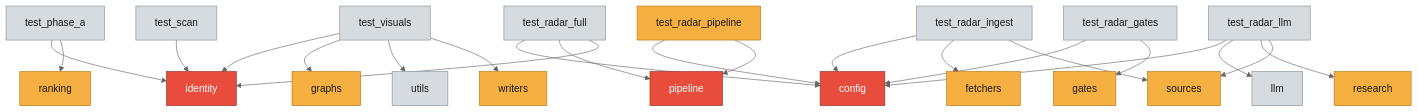
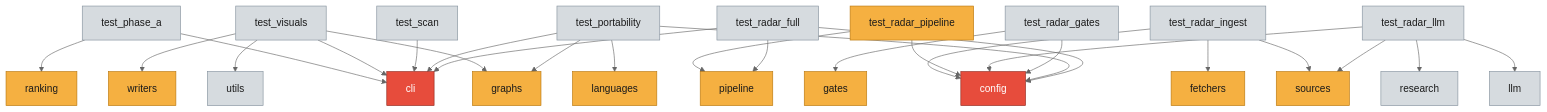
Before and after one commit to hhleroy97/repo-scan: the diagram in docs/reports/dependencies.md, drawn with Mermaid (neutral theme). The commit also changed other lines of this file and 12 other files, not shown here.

First line of the commit message:
fix: portability bugs found by first external-repo scan (TSX site, 700 commits)

````diff
--- a/docs/reports/dependencies.md
+++ b/docs/reports/dependencies.md
@@ -12,30 +12,34 @@
 ```mermaid
 graph TD
-  tests_test_phase_a["test_phase_a"] --> repo_scan_identity["identity"]
+  tests_test_phase_a["test_phase_a"] --> repo_scan_radar_cli["cli"]
   tests_test_phase_a["test_phase_a"] --> repo_scan_ranking["ranking"]
   tests_test_radar_ingest["test_radar_ingest"] --> repo_scan_config["config"]
   tests_test_radar_ingest["test_radar_ingest"] --> repo_scan_radar_fetchers["fetchers"]
   tests_test_radar_ingest["test_radar_ingest"] --> repo_scan_radar_sources["sources"]
-  tests_test_visuals["test_visuals"] --> repo_scan_identity["identity"]
+  tests_test_visuals["test_visuals"] --> repo_scan_radar_cli["cli"]
   tests_test_visuals["test_visuals"] --> repo_scan_graphs["graphs"]
   tests_test_visuals["test_visuals"] --> repo_scan_utils["utils"]
   tests_test_visuals["test_visuals"] --> repo_scan_writers["writers"]
-  tests_test_scan["test_scan"] --> repo_scan_identity["identity"]
+  tests_test_scan["test_scan"] --> repo_scan_radar_cli["cli"]
   tests_test_radar_pipeline["test_radar_pipeline"] --> repo_scan_config["config"]
   tests_test_radar_pipeline["test_radar_pipeline"] --> repo_scan_radar_pipeline["pipeline"]
   tests_test_radar_llm["test_radar_llm"] --> repo_scan_config["config"]
   tests_test_radar_llm["test_radar_llm"] --> repo_scan_radar_llm["llm"]
   tests_test_radar_llm["test_radar_llm"] --> repo_scan_radar_research["research"]
   tests_test_radar_llm["test_radar_llm"] --> repo_scan_radar_sources["sources"]
   tests_test_radar_gates["test_radar_gates"] --> repo_scan_config["config"]
   tests_test_radar_gates["test_radar_gates"] --> repo_scan_radar_gates["gates"]
+  tests_test_portability["test_portability"] --> repo_scan_radar_cli["cli"]
+  tests_test_portability["test_portability"] --> repo_scan_config["config"]
+  tests_test_portability["test_portability"] --> repo_scan_graphs["graphs"]
+  tests_test_portability["test_portability"] --> repo_scan_languages["languages"]
   tests_test_radar_full["test_radar_full"] --> repo_scan_config["config"]
   tests_test_radar_full["test_radar_full"] --> repo_scan_radar_pipeline["pipeline"]
-  tests_test_radar_full["test_radar_full"] --> repo_scan_identity["identity"]
+  tests_test_radar_full["test_radar_full"] --> repo_scan_radar_cli["cli"]
   classDef hot fill:#e74c3c,stroke:#922b21,color:#fff
   classDef warm fill:#f5b041,stroke:#b9770e,color:#1a1a1a
   classDef cold fill:#d6dbdf,stroke:#85929e,color:#1a1a1a
-  class repo_scan_config,repo_scan_identity,repo_scan_radar_pipeline hot
-  class repo_scan_graphs,repo_scan_radar_fetchers,repo_scan_radar_gates,repo_scan_radar_research,repo_scan_radar_sources,repo_scan_ranking,repo_scan_writers,tests_test_radar_pipeline warm
-  class repo_scan_radar_llm,repo_scan_utils,tests_test_phase_a,tests_test_radar_full,tests_test_radar_gates,tests_test_radar_ingest,tests_test_radar_llm,tests_test_scan,tests_test_visuals cold
+  class repo_scan_config,repo_scan_radar_cli hot
+  class repo_scan_graphs,repo_scan_languages,repo_scan_radar_fetchers,repo_scan_radar_gates,repo_scan_radar_pipeline,repo_scan_radar_sources,repo_scan_ranking,repo_scan_writers,tests_test_radar_pipeline warm
+  class repo_scan_radar_llm,repo_scan_radar_research,repo_scan_utils,tests_test_phase_a,tests_test_portability,tests_test_radar_full,tests_test_radar_gates,tests_test_radar_ingest,tests_test_radar_llm,tests_test_scan,tests_test_visuals cold
 ```
````
